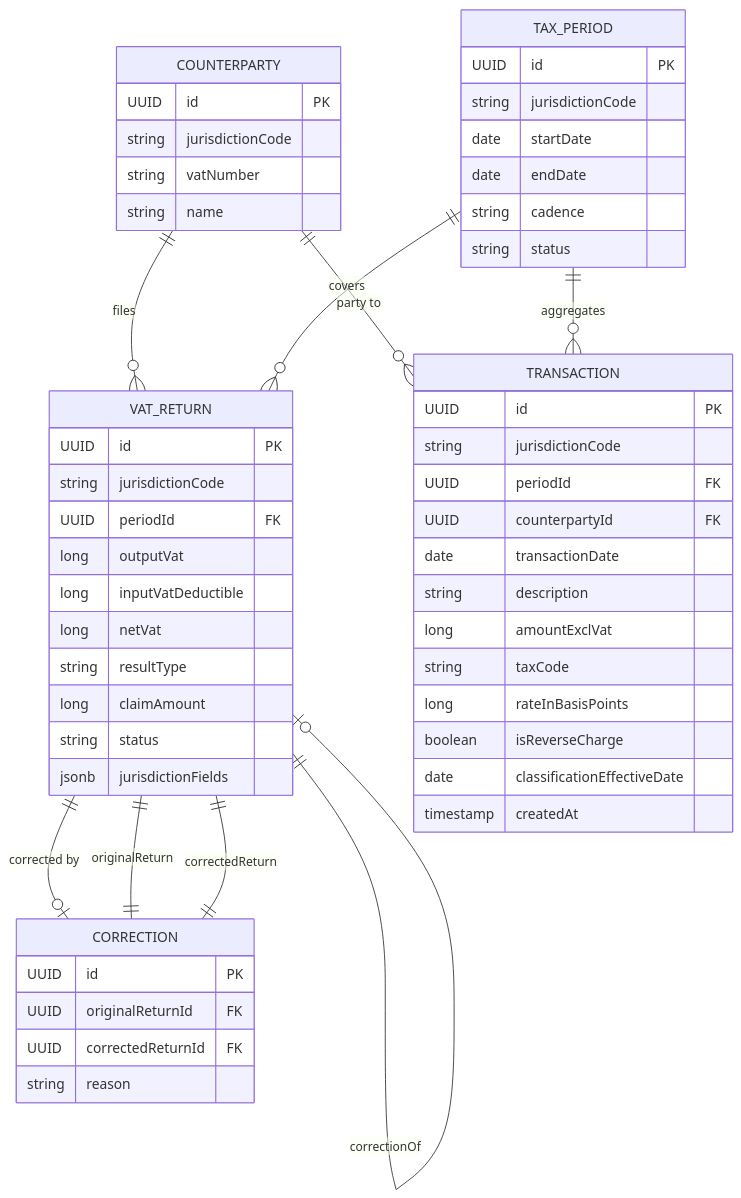
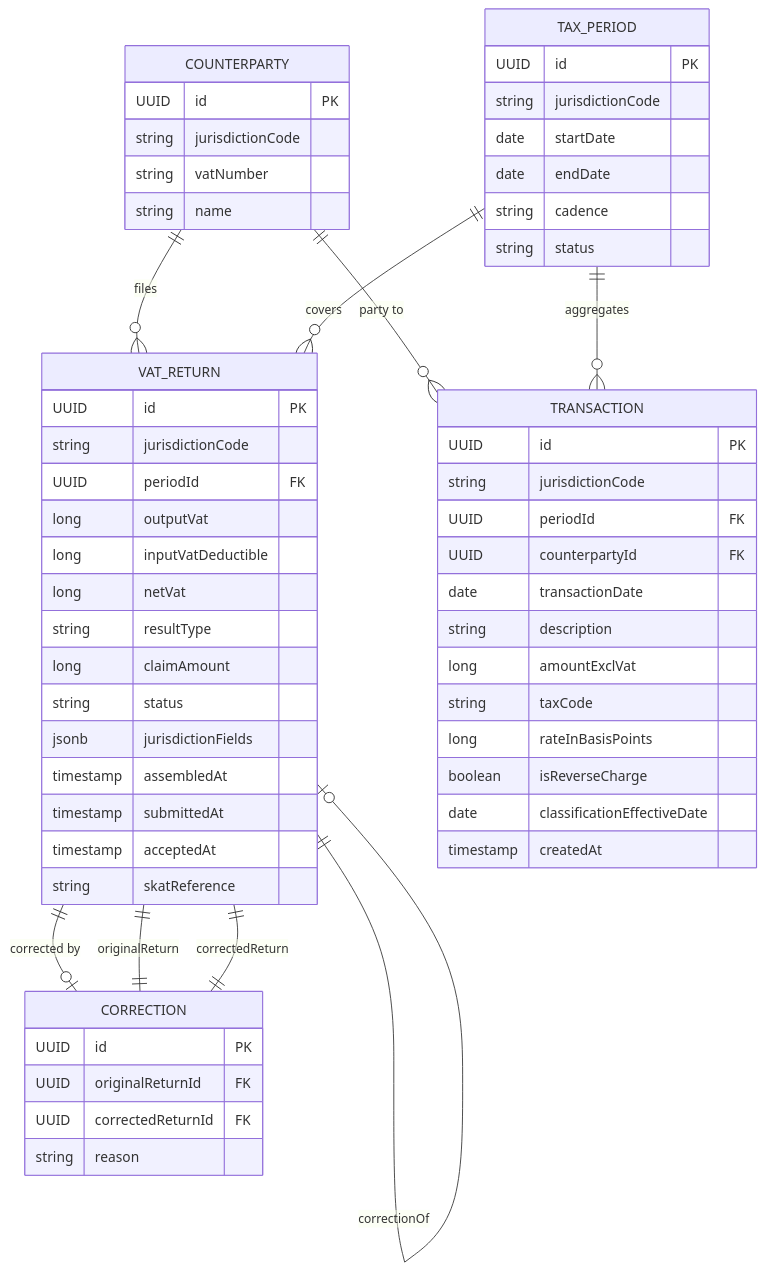
Before and after one commit to nc-mcl/vat-system: the diagram in docs/domain-model/core-entities.md, drawn with Mermaid. The commit also changed other lines of this file and 32 other files, not shown here.

````diff
--- a/docs/domain-model/core-entities.md
+++ b/docs/domain-model/core-entities.md
@@ -235,65 +239,69 @@
 ```mermaid
 erDiagram
     COUNTERPARTY {
         UUID id PK
         string jurisdictionCode
         string vatNumber
         string name
     }
 
     TAX_PERIOD {
         UUID id PK
         string jurisdictionCode
         date startDate
         date endDate
         string cadence
         string status
     }
 
     VAT_RETURN {
         UUID id PK
         string jurisdictionCode
         UUID periodId FK
         long outputVat
         long inputVatDeductible
         long netVat
         string resultType
         long claimAmount
         string status
         jsonb jurisdictionFields
+        timestamp assembledAt
+        timestamp submittedAt
+        timestamp acceptedAt
+        string skatReference
     }
 
     CORRECTION {
         UUID id PK
         UUID originalReturnId FK
         UUID correctedReturnId FK
         string reason
     }
 
     TRANSACTION {
         UUID id PK
         string jurisdictionCode
         UUID periodId FK
         UUID counterpartyId FK
         date transactionDate
         string description
         long amountExclVat
         string taxCode
         long rateInBasisPoints
         boolean isReverseCharge
         date classificationEffectiveDate
         timestamp createdAt
     }
 
     COUNTERPARTY ||--o{ VAT_RETURN : "files"
     COUNTERPARTY ||--o{ TRANSACTION : "party to"
 
     TAX_PERIOD ||--o{ VAT_RETURN : "covers"
     TAX_PERIOD ||--o{ TRANSACTION : "aggregates"
 
     VAT_RETURN ||--o| CORRECTION : "corrected by"
     VAT_RETURN ||--o| VAT_RETURN : "correctionOf"
 
     CORRECTION ||--|| VAT_RETURN : "originalReturn"
     CORRECTION ||--|| VAT_RETURN : "correctedReturn"
 ```
````
